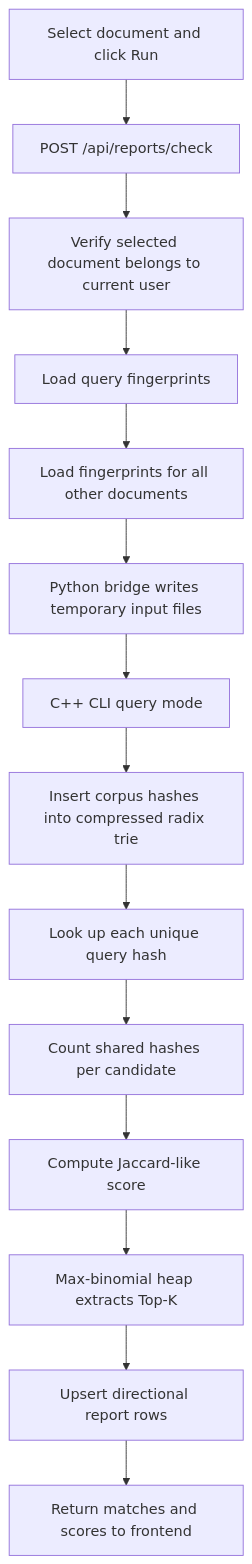
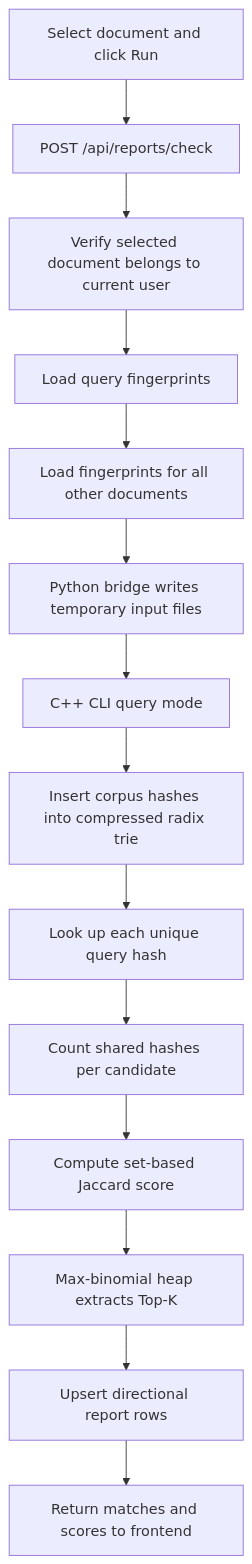
Before and after one commit to Karan-30506/Plagiarism-Checker: the third of 4 diagrams in explaination.md, drawn with Mermaid. The commit also changed other lines of this file and 35 other files, not shown here.

Commit message:
feat: bug fixes and dsu collusion graph updated

````diff
--- a/explaination.md
+++ b/explaination.md
@@ -61,16 +63,16 @@
 ```mermaid
 flowchart TD
     A[Select document and click Run] --> B[POST /api/reports/check]
     B --> C[Verify selected document belongs to current user]
     C --> D[Load query fingerprints]
     D --> E[Load fingerprints for all other documents]
     E --> F[Python bridge writes temporary input files]
     F --> G[C++ CLI query mode]
     G --> H[Insert corpus hashes into compressed radix trie]
     H --> I[Look up each unique query hash]
     I --> J[Count shared hashes per candidate]
-    J --> K[Compute Jaccard-like score]
+    J --> K[Compute set-based Jaccard score]
     K --> L[Max-binomial heap extracts Top-K]
     L --> M[Upsert directional report rows]
     M --> N[Return matches and scores to frontend]
 ```
````
